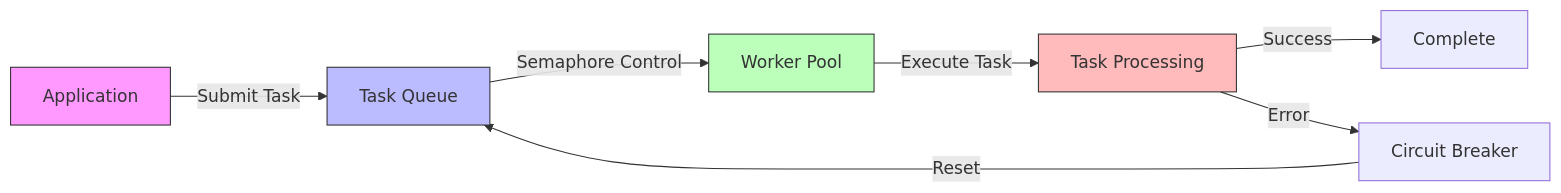
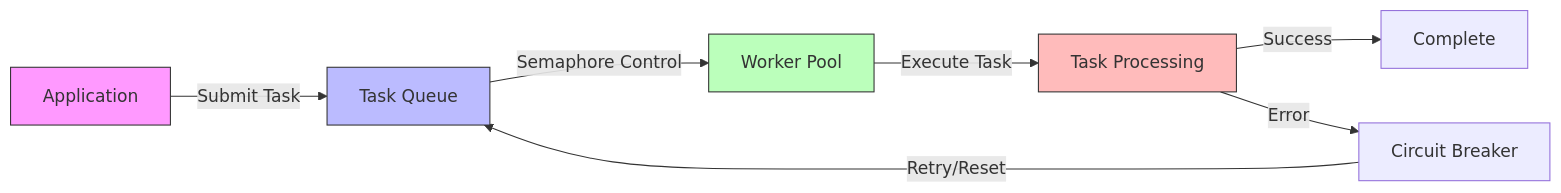
Before and after one commit to justrach/kew: the first of 2 diagrams in README.md, drawn with Mermaid. The commit also changed other lines of this file and 3 other files, not shown here.

````diff
--- a/README.md
+++ b/README.md
@@ -29,13 +30,13 @@
 ```mermaid
 graph LR
     A[Application] -->|Submit Task| B[Task Queue]
     B -->|Semaphore Control| C[Worker Pool]
     C -->|Execute Task| D[Task Processing]
     D -->|Success| E[Complete]
     D -->|Error| F[Circuit Breaker]
-    F -->|Reset| B
+    F -->|Retry/Reset| B
     style A fill:#f9f,stroke:#333
     style B fill:#bbf,stroke:#333
     style C fill:#bfb,stroke:#333
     style D fill:#fbb,stroke:#333
 ```
````
